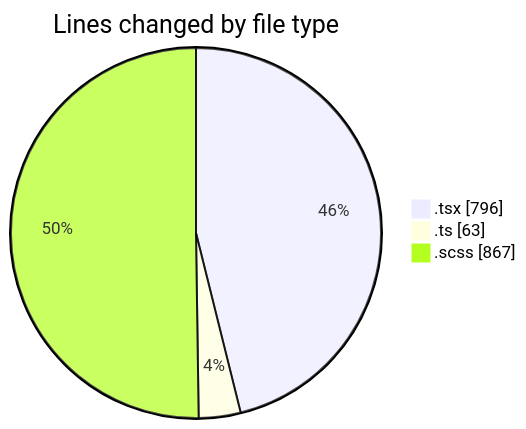
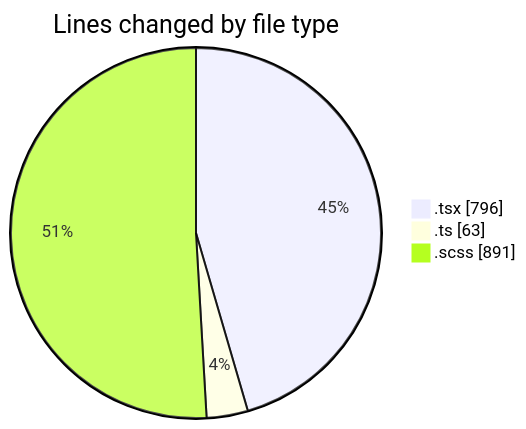
The first of 2 diagrams in 2025-04-02/cda/README.md (momahboobian/code-tracking), drawn with Mermaid before and after one commit. The commit also changed other lines of this file and 1 other file, not shown here.

````diff
--- a/2025-04-02/cda/README.md
+++ b/2025-04-02/cda/README.md
@@ -26,7 +26,7 @@
 ```mermaid
 pie showData
 title Lines changed by file type
 ".tsx" : 796
 ".ts" : 63
-".scss" : 867
+".scss" : 891
 ```
````
